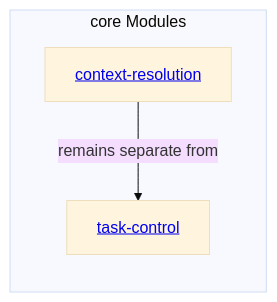
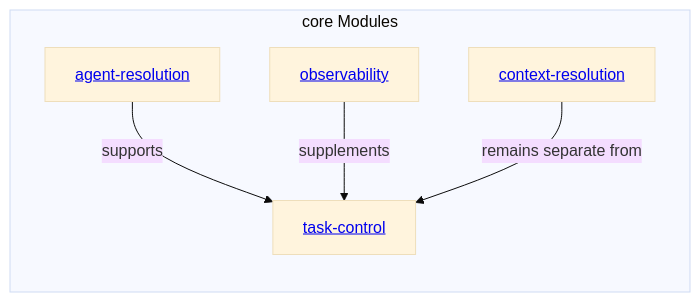
One commit to abstract-business-systems/as-is changed the diagram in core/modules/as-is.md. Above: the diagram before and after it, drawn with Mermaid (base theme). The commit also changed other lines of this file and 48 other files, not shown here.

````diff
--- a/core/modules/as-is.md
+++ b/core/modules/as-is.md
@@ -20,9 +22,13 @@
 ```mermaid
 flowchart TB
     subgraph Modules["core Modules"]
         direction TB
         Context["<a href='./context-resolution/as-is.md#design'>context-resolution</a>"]
         TaskControl["<a href='./task-control/as-is.md#design'>task-control</a>"]
+        AgentResolution["<a href='./agent-resolution/as-is.md#design'>agent-resolution</a>"]
+        Observability["<a href='./observability/as-is.md#design'>observability</a>"]
+        AgentResolution -->|supports| TaskControl
+        Observability -->|supplements| TaskControl
         Context -->|remains separate from| TaskControl
     end
 ```
````
